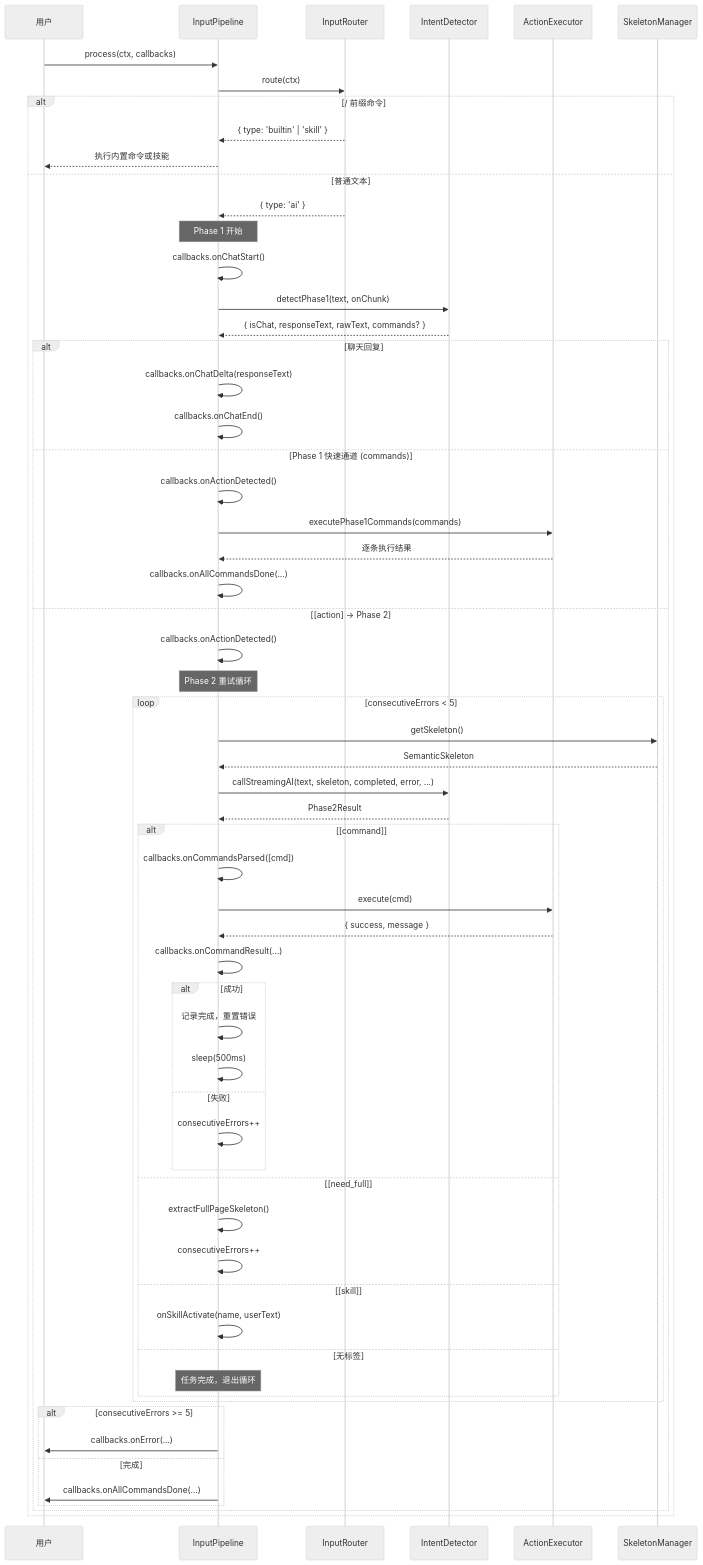
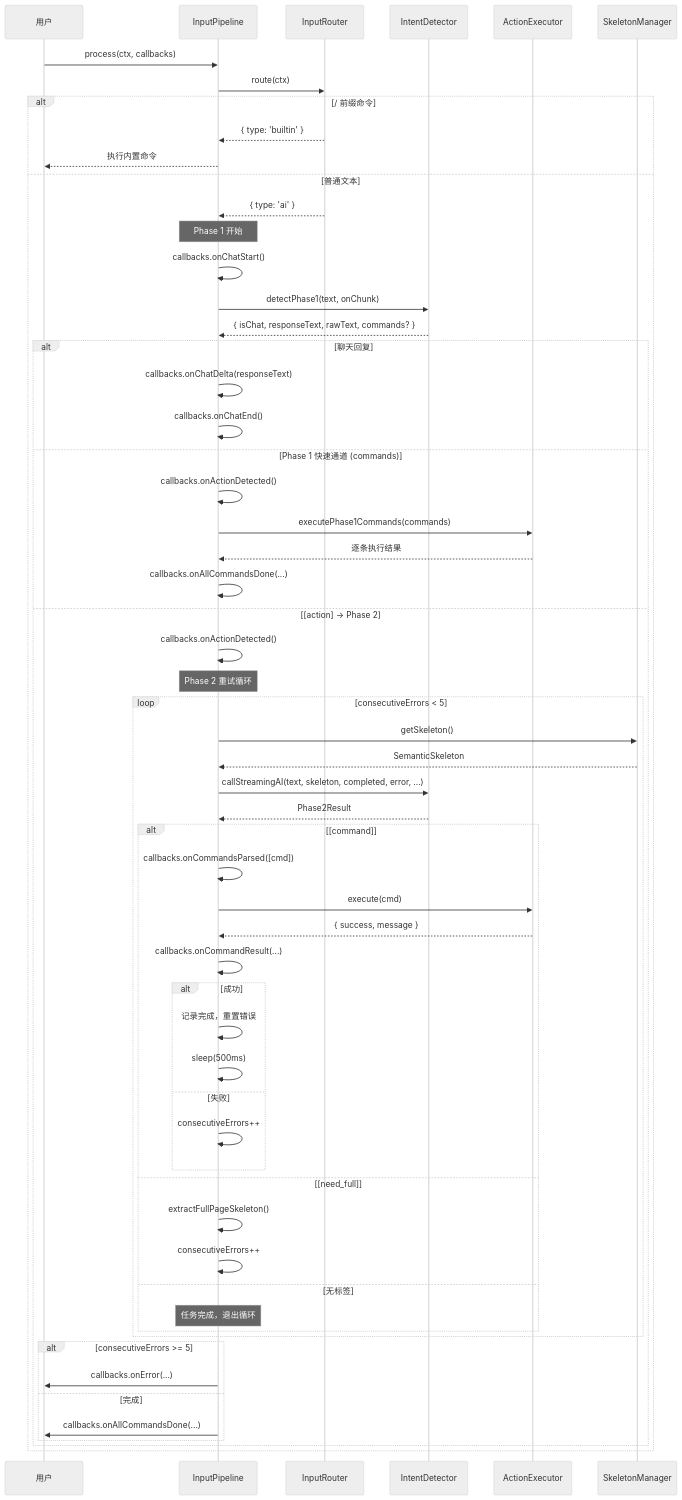
One commit to zw123zw/ai-browser changed the second of 2 diagrams in docs/architecture/input-pipeline.md. Above: the diagram before and after it, drawn with Mermaid (neutral theme). The commit also changed other lines of this file and 13 other files, not shown here.

````diff
--- a/docs/architecture/input-pipeline.md
+++ b/docs/architecture/input-pipeline.md
@@ -384,70 +373,68 @@
 ```mermaid
 sequenceDiagram
     participant U as 用户
     participant P as InputPipeline
     participant R as InputRouter
     participant D as IntentDetector
     participant E as ActionExecutor
     participant S as SkeletonManager
 
     U->>P: process(ctx, callbacks)
     P->>R: route(ctx)
 
     alt / 前缀命令
-        R-->>P: { type: 'builtin' | 'skill' }
-        P-->>U: 执行内置命令或技能
+        R-->>P: { type: 'builtin' }
+        P-->>U: 执行内置命令
     else 普通文本
         R-->>P: { type: 'ai' }
 
         Note over P: Phase 1 开始
         P->>P: callbacks.onChatStart()
         P->>D: detectPhase1(text, onChunk)
         D-->>P: { isChat, responseText, rawText, commands? }
 
         alt 聊天回复
             P->>P: callbacks.onChatDelta(responseText)
             P->>P: callbacks.onChatEnd()
         else Phase 1 快速通道 (commands)
             P->>P: callbacks.onActionDetected()
             P->>E: executePhase1Commands(commands)
             E-->>P: 逐条执行结果
             P->>P: callbacks.onAllCommandsDone(...)
         else [action] → Phase 2
             P->>P: callbacks.onActionDetected()
 
             Note over P: Phase 2 重试循环
             loop consecutiveErrors < 5
                 P->>S: getSkeleton()
                 S-->>P: SemanticSkeleton
                 P->>D: callStreamingAI(text, skeleton, completed, error, ...)
                 D-->>P: Phase2Result
 
                 alt [command]
                     P->>P: callbacks.onCommandsParsed([cmd])
                     P->>E: execute(cmd)
                     E-->>P: { success, message }
                     P->>P: callbacks.onCommandResult(...)
                     alt 成功
                         P->>P: 记录完成，重置错误
                         P->>P: sleep(500ms)
                     else 失败
                         P->>P: consecutiveErrors++
                     end
                 else [need_full]
                     P->>P: extractFullPageSkeleton()
                     P->>P: consecutiveErrors++
-                else [skill]
-                    P->>P: onSkillActivate(name, userText)
                 else 无标签
                     Note over P: 任务完成，退出循环
                 end
             end
 
             alt consecutiveErrors >= 5
                 P->>U: callbacks.onError(...)
             else 完成
                 P->>U: callbacks.onAllCommandsDone(...)
             end
         end
     end
 ```
````
